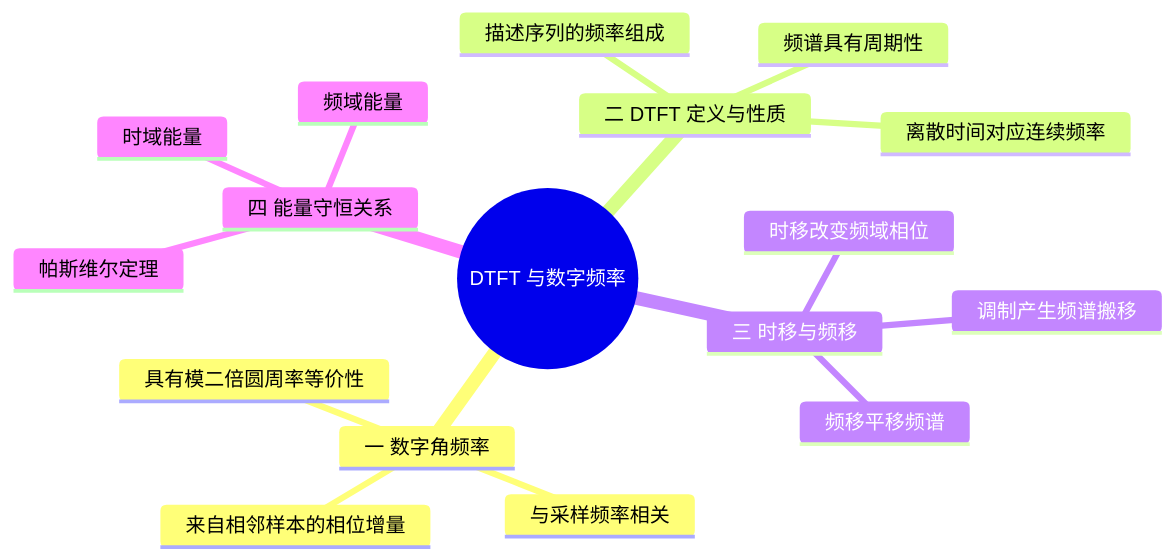
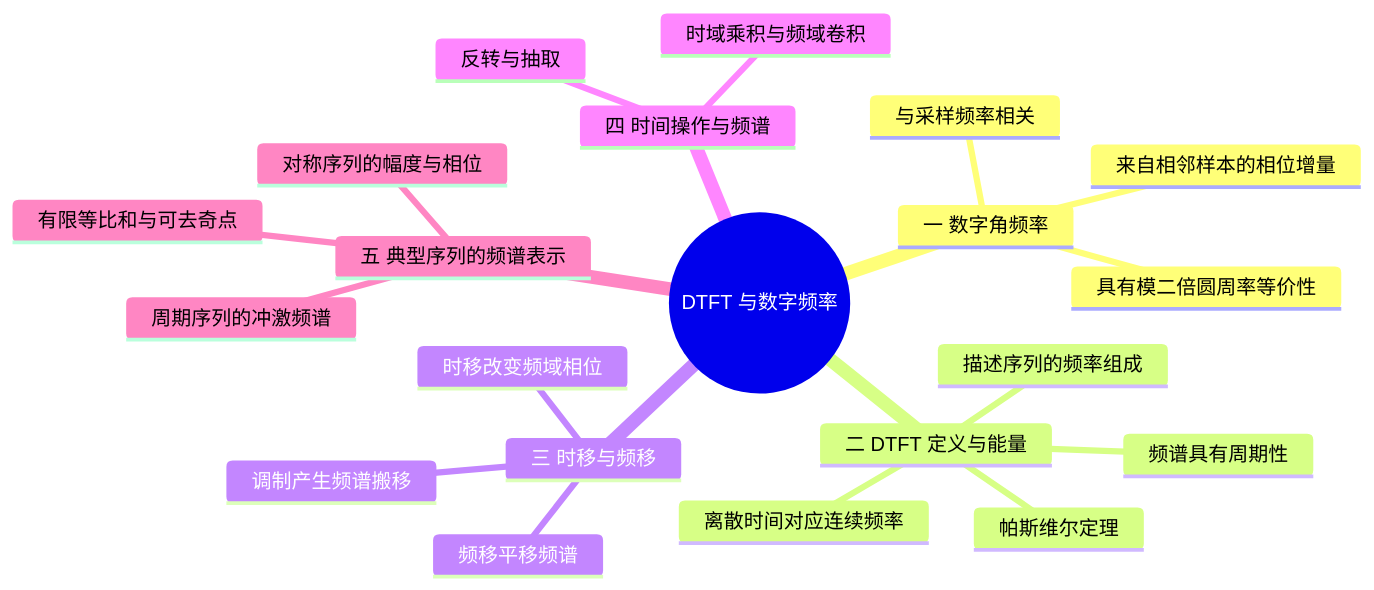
Before and after one commit to 3280441136-lab/My_Obsidian_Notes: the first of 2 diagrams in 学习/学校课程/数字信号处理（3学分）/04 第4课 DTFT与数字频率.md, drawn with Mermaid. The commit also changed other lines of this file and 177 other files, not shown here.

````diff
--- a/学习/学校课程/数字信号处理（3学分）/04 第4课 DTFT与数字频率.md
+++ b/学习/学校课程/数字信号处理（3学分）/04 第4课 DTFT与数字频率.md
@@ -5,20 +5,24 @@
 ```mermaid
 mindmap
   root((DTFT 与数字频率))
     一 数字角频率
       来自相邻样本的相位增量
       与采样频率相关
       具有模二倍圆周率等价性
-    二 DTFT 定义与性质
+    二 DTFT 定义与能量
       离散时间对应连续频率
       频谱具有周期性
       描述序列的频率组成
+      帕斯维尔定理
     三 时移与频移
       时移改变频域相位
       频移平移频谱
       调制产生频谱搬移
-    四 能量守恒关系
-      时域能量
-      频域能量
-      帕斯维尔定理
+    四 时间操作与频谱
+      反转与抽取
+      时域乘积与频域卷积
+    五 典型序列的频谱表示
+      有限等比和与可去奇点
+      对称序列的幅度与相位
+      周期序列的冲激频谱
 ```
````
